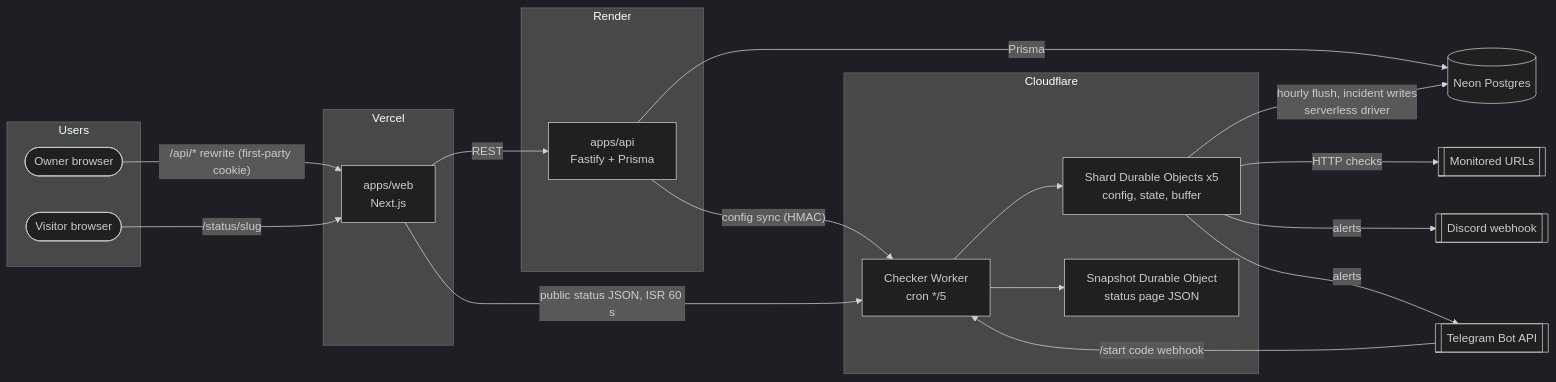
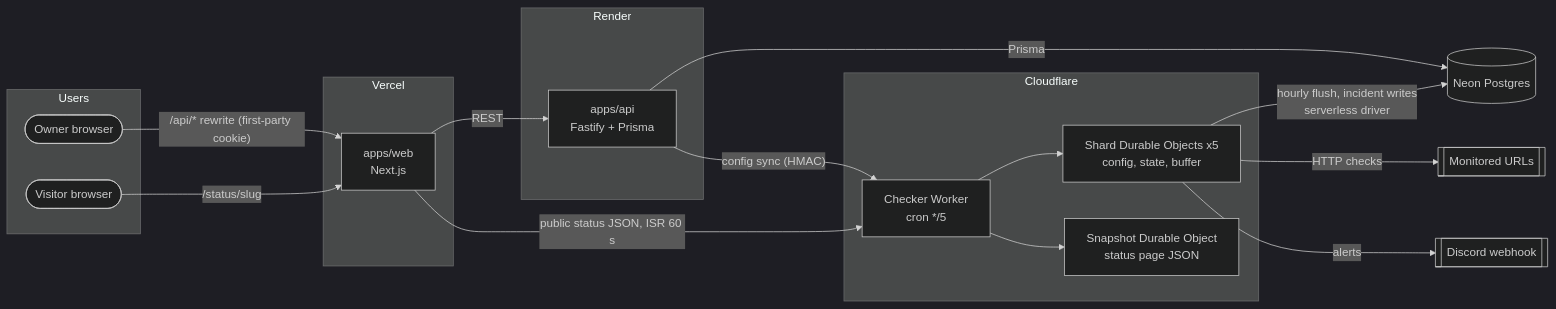
One commit to EthanYap123/pulse changed the first of 2 diagrams in docs/ARCHITECTURE.md. Above: the diagram before and after it, drawn with Mermaid (dark theme). The commit also changed other lines of this file and 8 other files, not shown here.

First line of the commit message:
docs: drop Telegram alerts from v1.0 (#64)

````diff
--- a/docs/ARCHITECTURE.md
+++ b/docs/ARCHITECTURE.md
@@ -19,40 +19,37 @@
 ```mermaid
 flowchart LR
   subgraph Users
     Owner([Owner browser])
     Visitor([Visitor browser])
   end
 
   subgraph Vercel
     Web["apps/web<br/>Next.js"]
   end
 
   subgraph Render
     API["apps/api<br/>Fastify + Prisma"]
   end
 
   subgraph Cloudflare
     Cron["Checker Worker<br/>cron */5"]
     Shards["Shard Durable Objects x5<br/>config, state, buffer"]
     Snap["Snapshot Durable Object<br/>status page JSON"]
   end
 
   DB[("Neon Postgres")]
   Targets[["Monitored URLs"]]
   Discord[["Discord webhook"]]
-  Telegram[["Telegram Bot API"]]
 
   Owner -- "/api/* rewrite (first-party cookie)" --> Web
   Web -- "REST" --> API
   API -- "Prisma" --> DB
   API -- "config sync (HMAC)" --> Cron
   Visitor -- "/status/slug" --> Web
   Web -- "public status JSON, ISR 60 s" --> Cron
   Cron --> Shards
   Cron --> Snap
   Shards -- "HTTP checks" --> Targets
   Shards -- "hourly flush, incident writes<br/>serverless driver" --> DB
   Shards -- "alerts" --> Discord
-  Shards -- "alerts" --> Telegram
-  Telegram -- "/start code webhook" --> Cron
 ```
````
